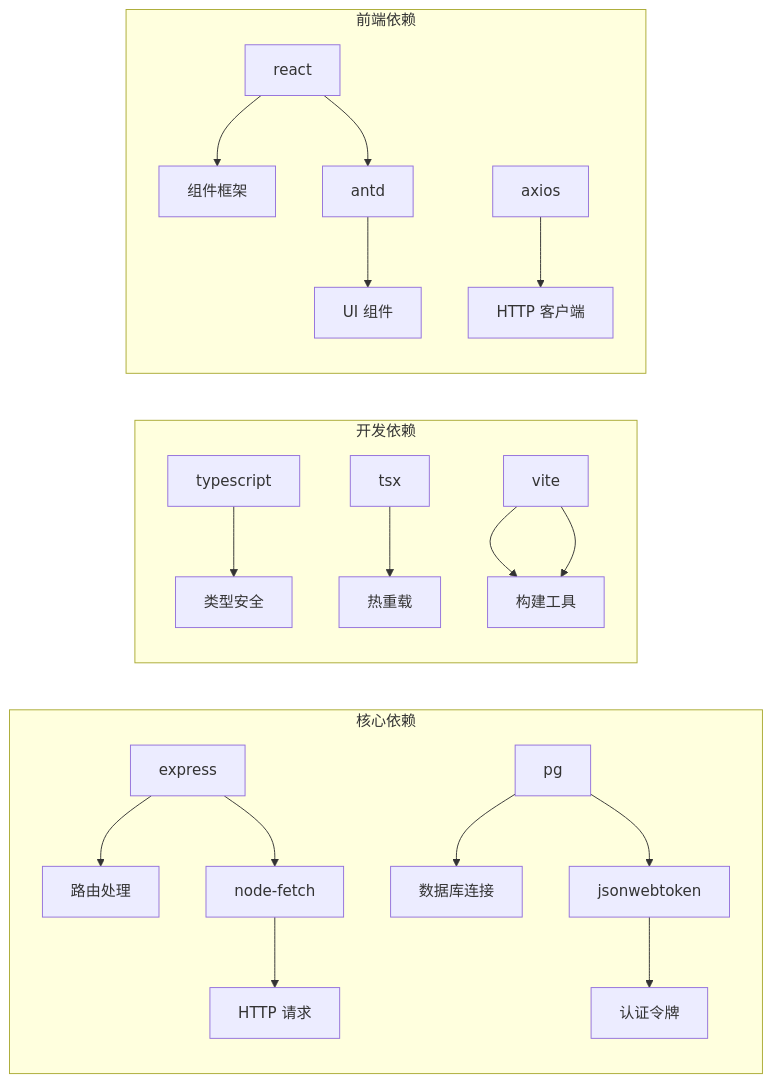
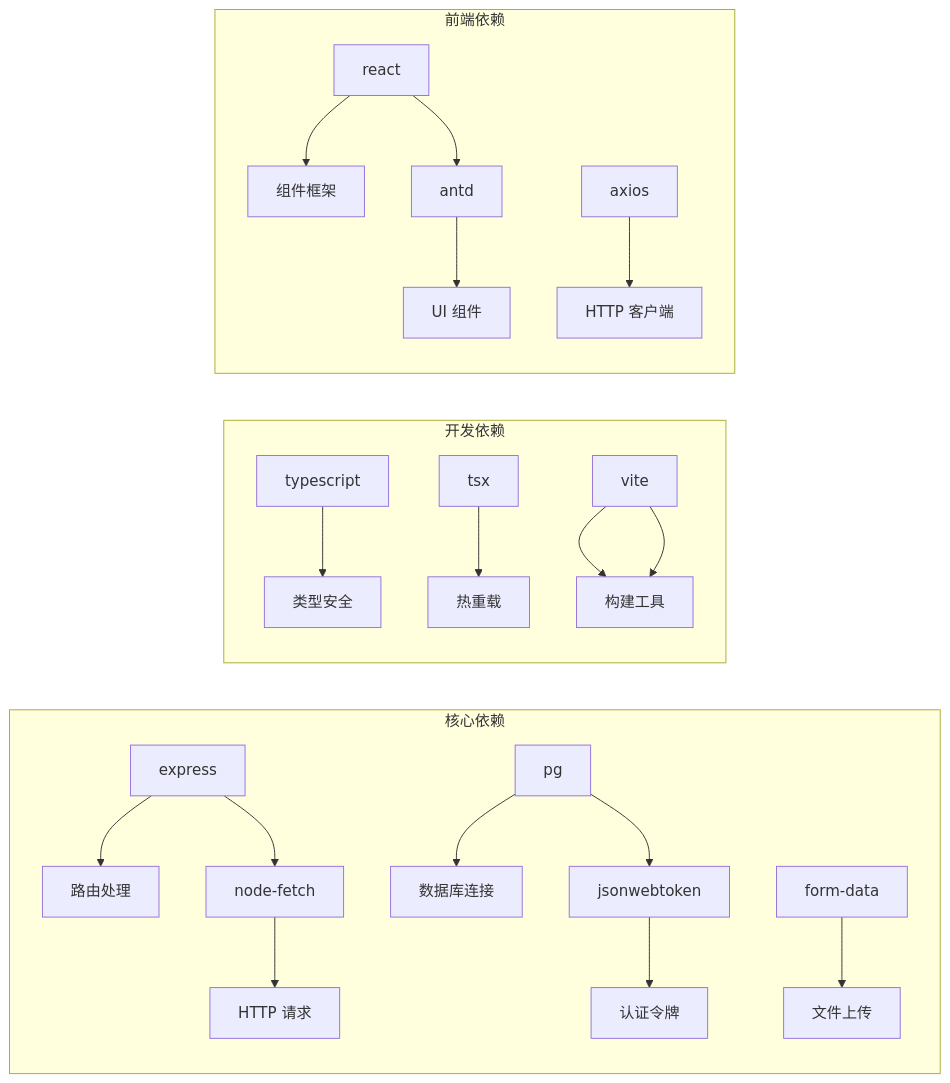
Before and after one commit to hanksd769-droid/sailshub: the sixth of 7 diagrams in .qoder/repowiki/zh/content/多模态工作流模块/音频处理模块.md, drawn with Mermaid. The commit also changed other lines of this file and 2 other files, not shown here.

````diff
--- a/.qoder/repowiki/zh/content/多模态工作流模块/音频处理模块.md
+++ b/.qoder/repowiki/zh/content/多模态工作流模块/音频处理模块.md
@@ -297,23 +308,24 @@
 ```mermaid
 graph LR
 subgraph "核心依赖"
 A[express] --> B[路由处理]
 C[node-fetch] --> D[HTTP 请求]
 E[pg] --> F[数据库连接]
 G[jsonwebtoken] --> H[认证令牌]
+I[form-data] --> J[文件上传]
 end
 subgraph "开发依赖"
-I[typescript] --> J[类型安全]
-K[tsx] --> L[热重载]
-M[vite] --> N[构建工具]
+K[typescript] --> L[类型安全]
+M[tsx] --> N[热重载]
+O[vite] --> P[构建工具]
 end
 subgraph "前端依赖"
-O[react] --> P[组件框架]
-Q[antd] --> R[UI 组件]
-S[axios] --> T[HTTP 客户端]
+Q[react] --> R[组件框架]
+S[antd] --> T[UI 组件]
+U[axios] --> V[HTTP 客户端]
 end
 A --> C
 E --> G
-O --> Q
-M --> N
+Q --> S
+O --> P
 ```
````
